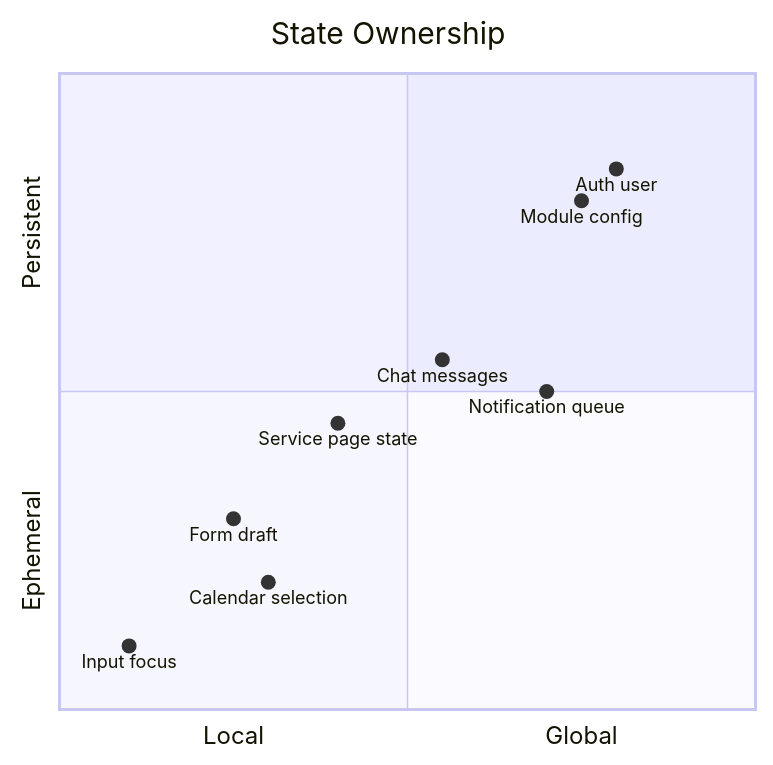
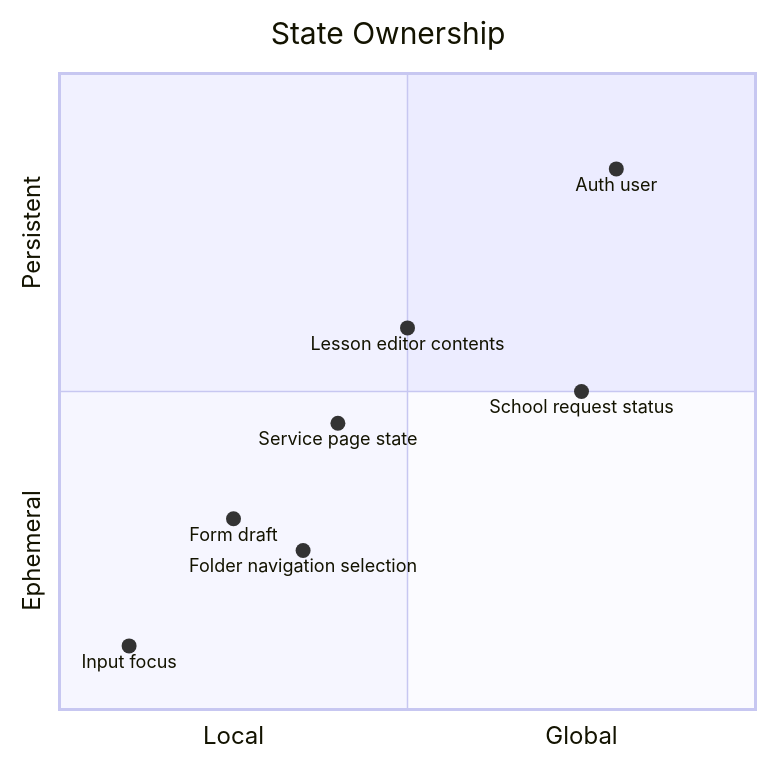
The third of 7 diagrams in ARCHITECTURE.md (LearnForgeDev/Frontend), drawn with Mermaid before and after one commit. The commit also changed other lines of this file and 1 other file, not shown here.

Commit message:
docs: update architecture documentation and tech stack versions

````diff
--- a/ARCHITECTURE.md
+++ b/ARCHITECTURE.md
@@ -143,14 +134,13 @@
 ```mermaid
 quadrantChart
     title State Ownership
     x-axis Local --> Global
     y-axis Ephemeral --> Persistent
     Input focus: [0.1, 0.1]
     Form draft: [0.25, 0.3]
-    Calendar selection: [0.3, 0.2]
+    Folder navigation selection: [0.35, 0.25]
     Service page state: [0.4, 0.45]
-    Chat messages: [0.55, 0.55]
+    Lesson editor contents: [0.5, 0.6]
     Auth user: [0.8, 0.85]
-    Module config: [0.75, 0.8]
-    Notification queue: [0.7, 0.5]
+    School request status: [0.75, 0.5]
 ```
````
